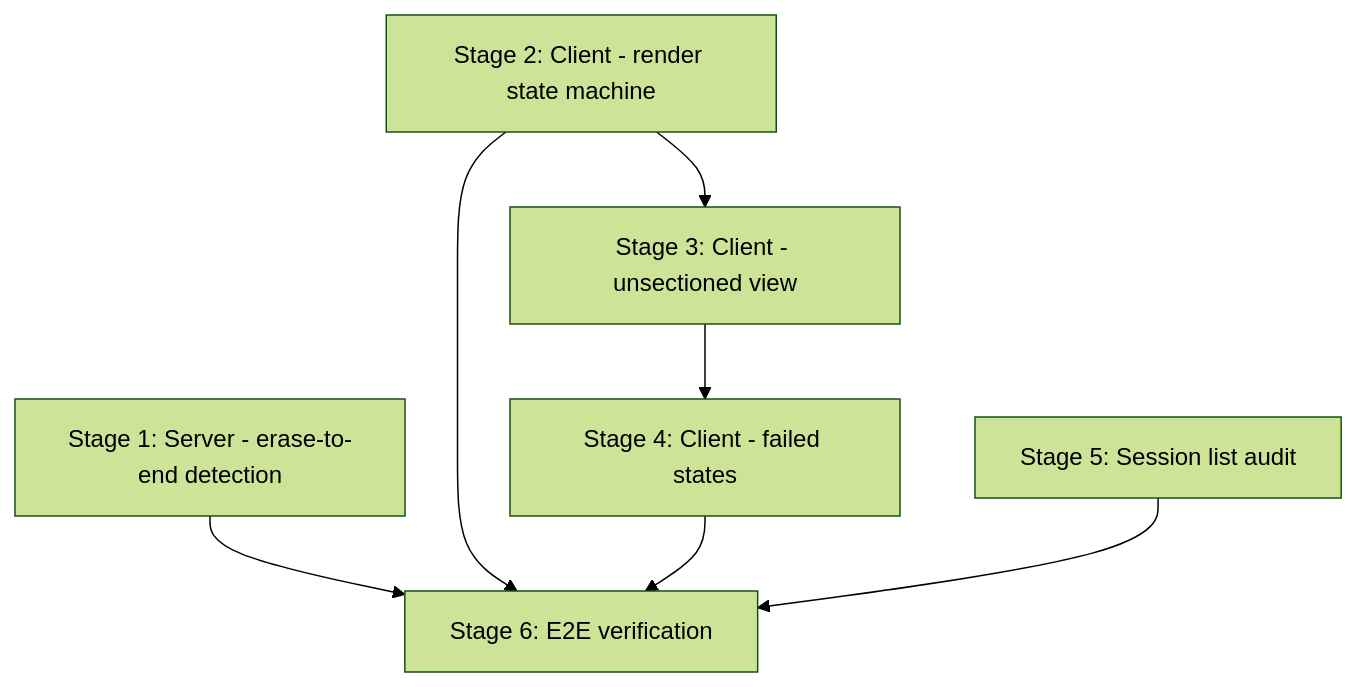
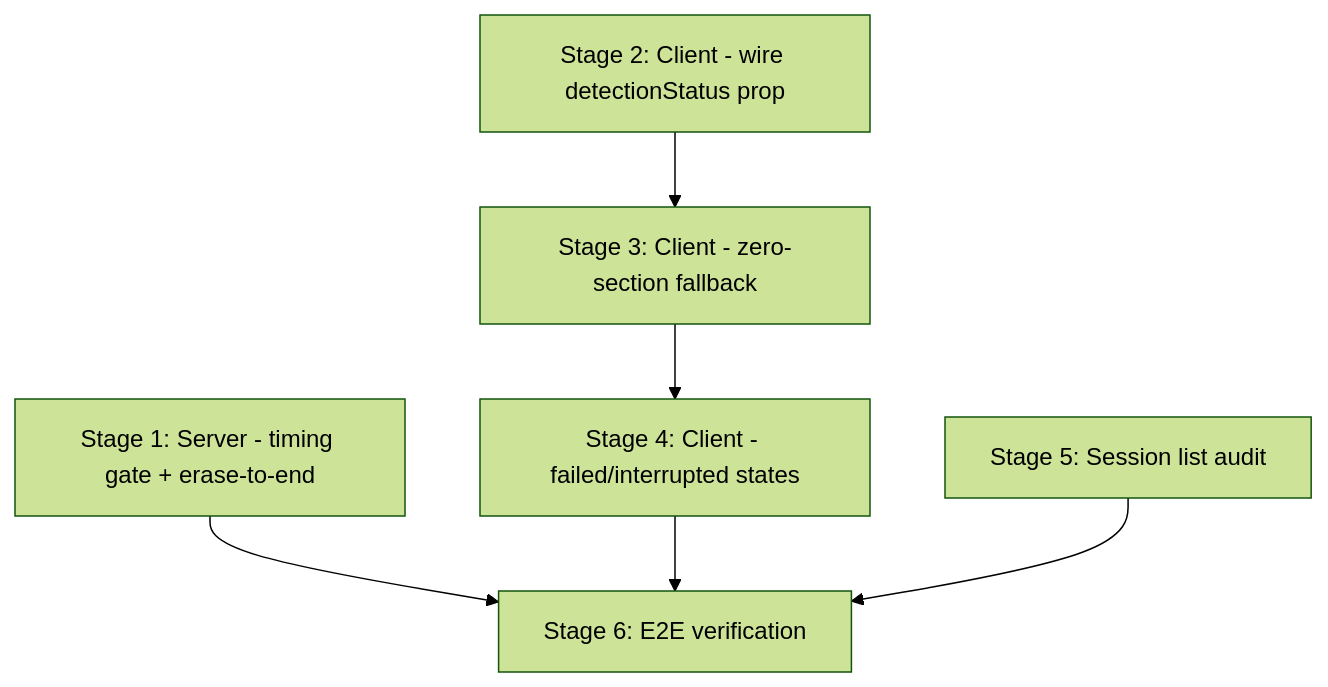
The diagram in .state/fix/empty-session-display/PLAN.md (thiscantbeserious/erika), drawn with Mermaid (forest theme) before and after one commit. The commit also changed other lines of this file, not shown here.

First line of the commit message:
fix(shared): rewrite PLAN for merged ADR — per-stage PRs, TDD anchors

````diff
--- a/.state/fix/empty-session-display/PLAN.md
+++ b/.state/fix/empty-session-display/PLAN.md
@@ -127,9 +172,8 @@
 ```mermaid
 graph TD
-    S1[Stage 1: Server - erase-to-end detection] --> S6[Stage 6: E2E verification]
-    S2[Stage 2: Client - render state machine] --> S3[Stage 3: Client - unsectioned view]
-    S3 --> S4[Stage 4: Client - failed states]
-    S2 --> S6
+    S1[Stage 1: Server - timing gate + erase-to-end] --> S6[Stage 6: E2E verification]
+    S2[Stage 2: Client - wire detectionStatus prop] --> S3[Stage 3: Client - zero-section fallback]
+    S3 --> S4[Stage 4: Client - failed/interrupted states]
     S4 --> S6
     S5[Stage 5: Session list audit] --> S6
 ```
````
